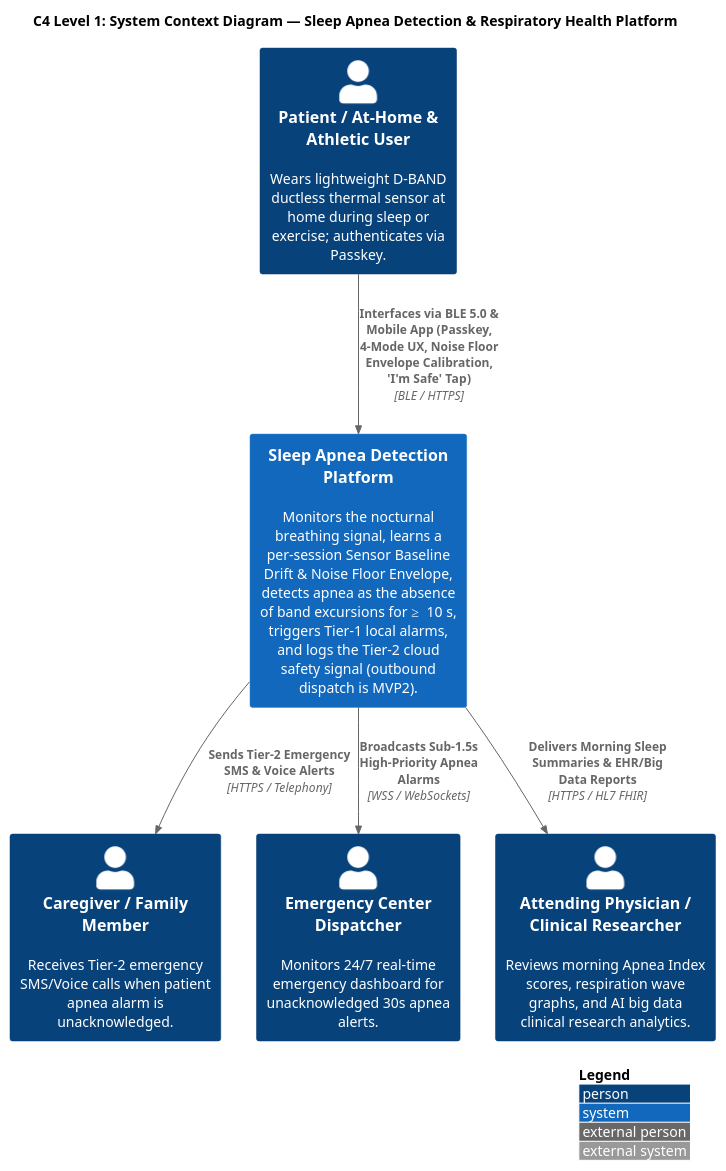
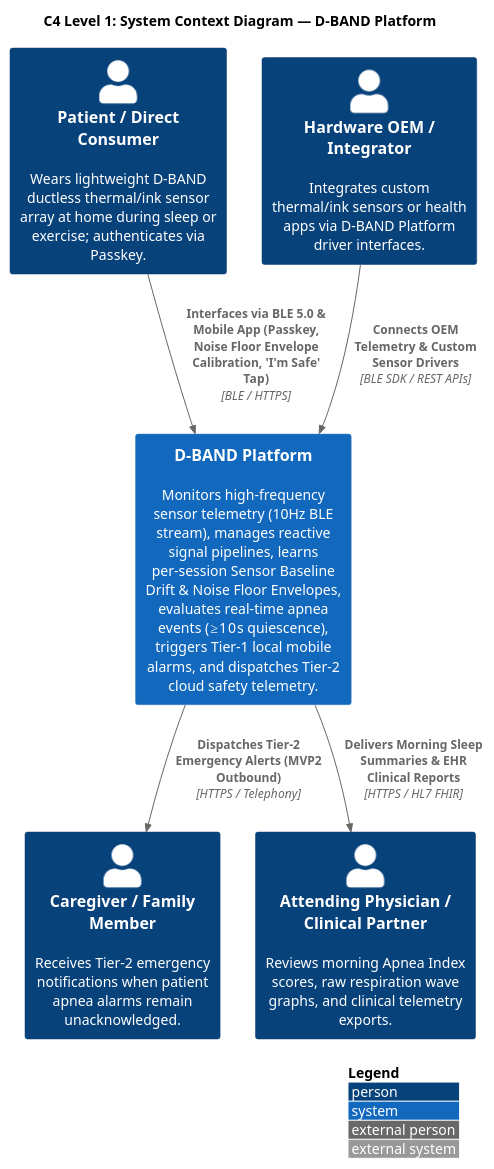
One commit to reidlai/masker-app changed the first of 14 diagrams in _bmad-output/architecture/ARCHITECTURE-SPINE.md. Above: the diagram before and after it, drawn with PlantUML. The commit also changed other lines of this file and 234 other files, not shown here.

Commit message:
feat: rebrand project to D-BAND Platform and rename mobile client to sleep-apnea-detection-app

````diff
--- a/_bmad-output/architecture/ARCHITECTURE-SPINE.md
+++ b/_bmad-output/architecture/ARCHITECTURE-SPINE.md
@@ -24,22 +24,22 @@
 ```plantuml
 @startuml C4_Level1_System_Context
 !include <C4/C4_Context>
 
 LAYOUT_WITH_LEGEND()
 
-title C4 Level 1: System Context Diagram — Sleep Apnea Detection & Respiratory Health Platform
+title C4 Level 1: System Context Diagram — D-BAND Platform
 
-Person(patient, "Patient / At-Home & Athletic User", "Wears lightweight D-BAND ductless thermal sensor at home during sleep or exercise; authenticates via Passkey.")
-Person(caregiver, "Caregiver / Family Member", "Receives Tier-2 emergency SMS/Voice calls when patient apnea alarm is unacknowledged.")
-Person(dispatcher, "Emergency Center Dispatcher", "Monitors 24/7 real-time emergency dashboard for unacknowledged 30s apnea alerts.")
-Person(doctor, "Attending Physician / Clinical Researcher", "Reviews morning Apnea Index scores, respiration wave graphs, and AI big data clinical research analytics.")
+Person(patient, "Patient / Direct Consumer", "Wears lightweight D-BAND ductless thermal/ink sensor array at home during sleep or exercise; authenticates via Passkey.")
+Person(caregiver, "Caregiver / Family Member", "Receives Tier-2 emergency notifications when patient apnea alarms remain unacknowledged.")
+Person(doctor, "Attending Physician / Clinical Partner", "Reviews morning Apnea Index scores, raw respiration wave graphs, and clinical telemetry exports.")
+Person(oem_partner, "Hardware OEM / Integrator", "Integrates custom thermal/ink sensors or health apps via D-BAND Platform driver interfaces.")
 
-System(system, "Sleep Apnea Detection Platform", "Monitors the nocturnal breathing signal, learns a per-session Sensor Baseline Drift & Noise Floor Envelope, detects apnea as the absence of band excursions for ≥ 10 s, triggers Tier-1 local alarms, and logs the Tier-2 cloud safety signal (outbound dispatch is MVP2).")
+System(system, "D-BAND Platform", "Monitors high-frequency sensor telemetry (10Hz BLE stream), manages reactive signal pipelines, learns per-session Sensor Baseline Drift & Noise Floor Envelopes, evaluates real-time apnea events (≥10s quiescence), triggers Tier-1 local mobile alarms, and dispatches Tier-2 cloud safety telemetry.")
 
-Rel(patient, system, "Interfaces via BLE 5.0 & Mobile App (Passkey, 4-Mode UX, Noise Floor Envelope Calibration, 'I'm Safe' Tap)", "BLE / HTTPS")
-Rel(system, caregiver, "Sends Tier-2 Emergency SMS & Voice Alerts", "HTTPS / Telephony")
-Rel(system, dispatcher, "Broadcasts Sub-1.5s High-Priority Apnea Alarms", "WSS / WebSockets")
-Rel(system, doctor, "Delivers Morning Sleep Summaries & EHR/Big Data Reports", "HTTPS / HL7 FHIR")
+Rel(patient, system, "Interfaces via BLE 5.0 & Mobile App (Passkey, Noise Floor Envelope Calibration, 'I'm Safe' Tap)", "BLE / HTTPS")
+Rel(system, caregiver, "Dispatches Tier-2 Emergency Alerts (MVP2 Outbound)", "HTTPS / Telephony")
+Rel(system, doctor, "Delivers Morning Sleep Summaries & EHR Clinical Reports", "HTTPS / HL7 FHIR")
+Rel(oem_partner, system, "Connects OEM Telemetry & Custom Sensor Drivers", "BLE SDK / REST APIs")
 
 @enduml
 ```
````
